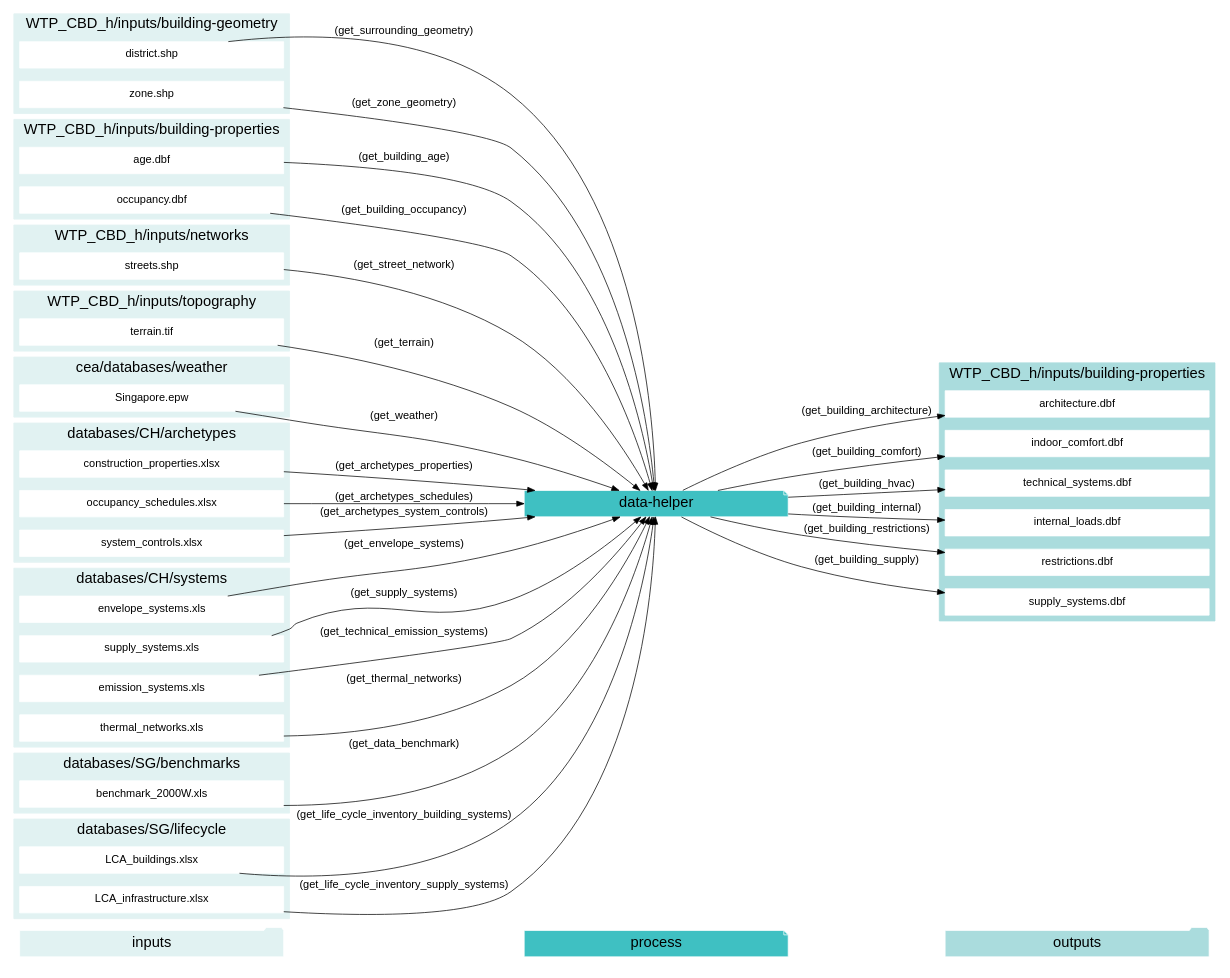
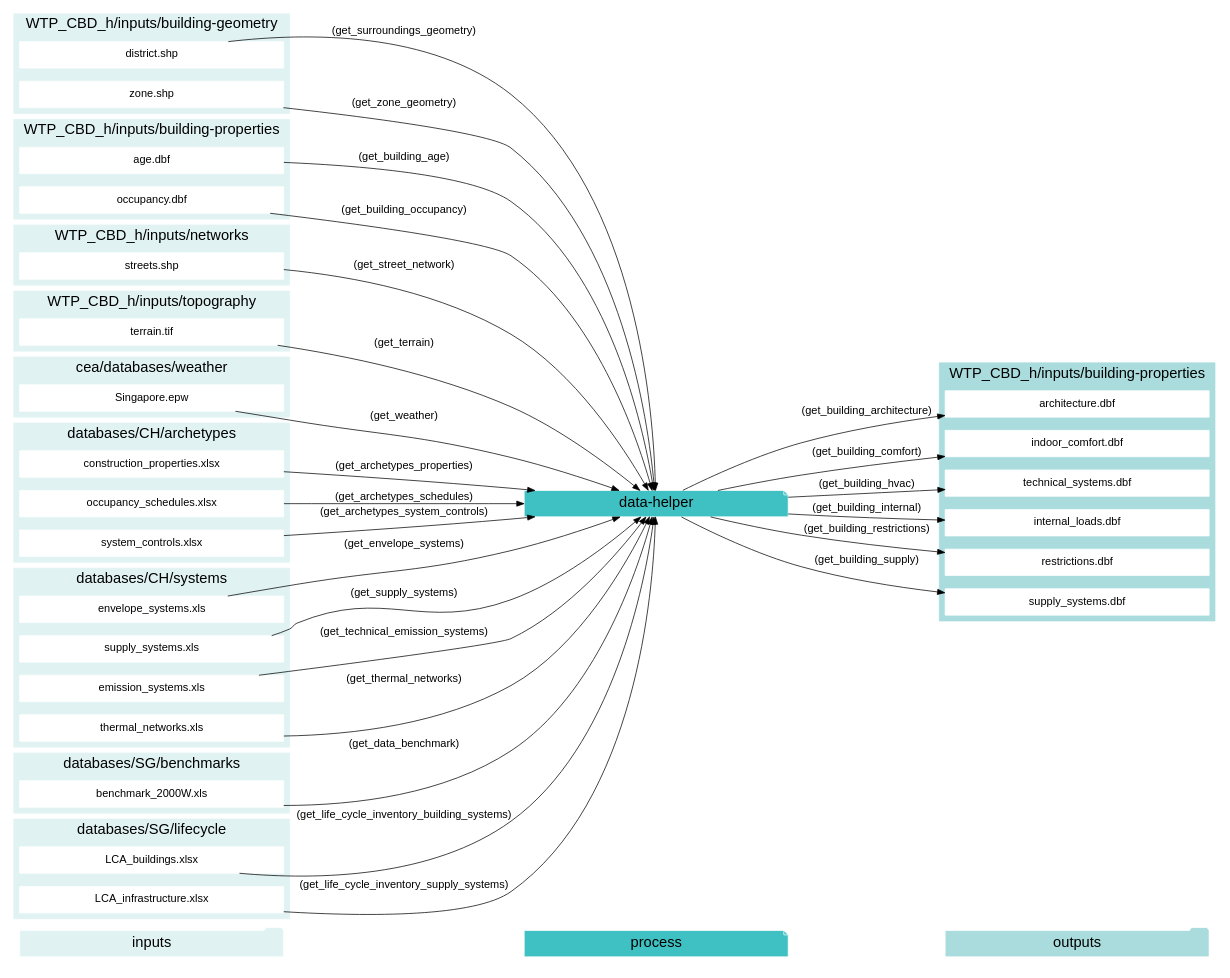
Before and after one commit to architecture-building-systems/CityEnergyAnalyst: the second of 12 diagrams in docs/script-data-flow.rst, drawn with Graphviz. The commit also changed other lines of this file and 15 other files, not shown here.

Commit message:
rename get_surrounding_geometry to get_surroungs_geometry

```diff
--- a/docs/script-data-flow.rst
+++ b/docs/script-data-flow.rst
@@ -266,7 +266,7 @@
     "age.dbf" -> "data-helper"[label="(get_building_age)"]
     "occupancy.dbf" -> "data-helper"[label="(get_building_occupancy)"]
     "benchmark_2000W.xls" -> "data-helper"[label="(get_data_benchmark)"]
-    "district.shp" -> "data-helper"[label="(get_surrounding_geometry)"]
+    "district.shp" -> "data-helper"[label="(get_surroundings_geometry)"]
     "envelope_systems.xls" -> "data-helper"[label="(get_envelope_systems)"]
     "LCA_buildings.xlsx" -> "data-helper"[label="(get_life_cycle_inventory_building_systems)"]
     "LCA_infrastructure.xlsx" -> "data-helper"[label="(get_life_cycle_inventory_supply_systems)"]
```
